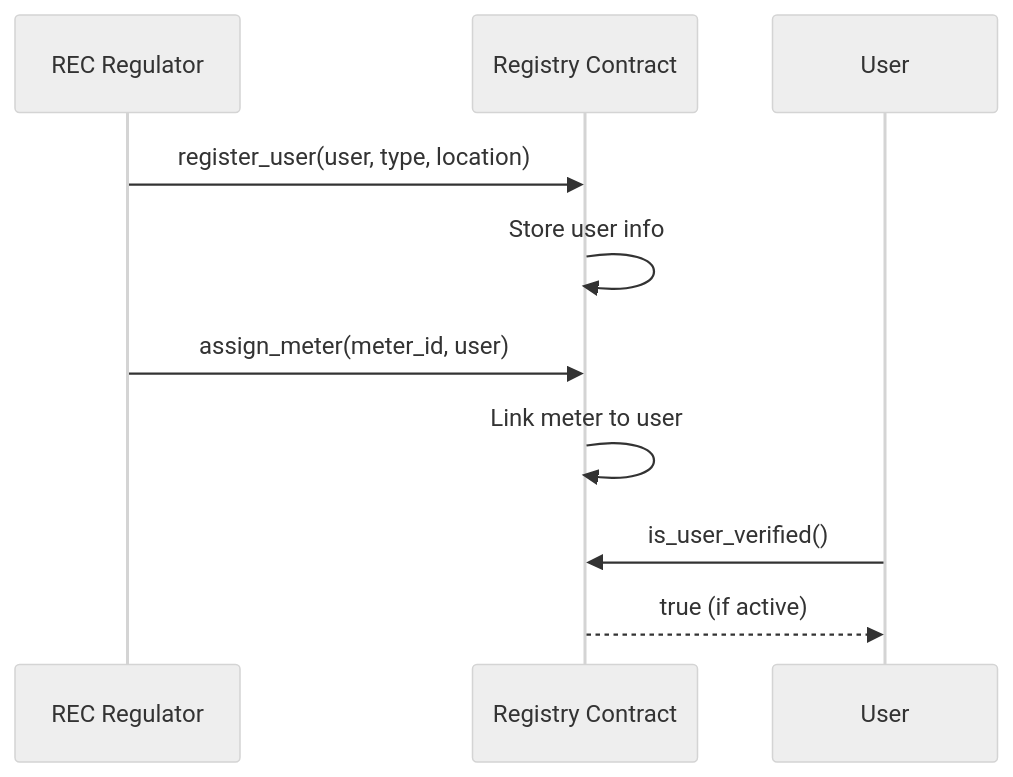
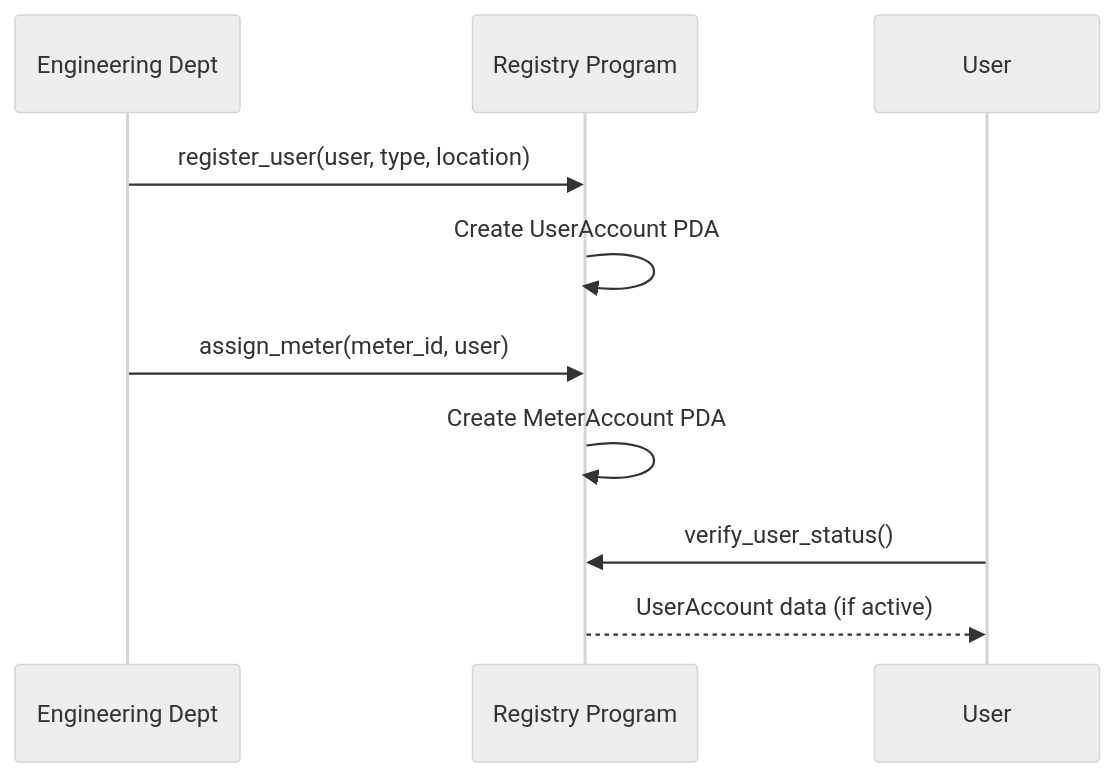
Before and after one commit to NakaSato/p2p: the second of 5 diagrams in docs/TECHNICAL_SUMMARY.md, drawn with Mermaid (neutral theme). The commit also changed other lines of this file and 21 other files, not shown here.

````diff
--- a/docs/TECHNICAL_SUMMARY.md
+++ b/docs/TECHNICAL_SUMMARY.md
@@ -182,13 +223,13 @@
 ```mermaid
 sequenceDiagram
-    participant R as REC Regulator
-    participant Reg as Registry Contract
+    participant ED as Engineering Dept
+    participant Reg as Registry Program
     participant U as User
     
-    R->>Reg: register_user(user, type, location)
-    Reg->>Reg: Store user info
-    R->>Reg: assign_meter(meter_id, user)
-    Reg->>Reg: Link meter to user
-    U->>Reg: is_user_verified()
-    Reg-->>U: true (if active)
+    ED->>Reg: register_user(user, type, location)
+    Reg->>Reg: Create UserAccount PDA
+    ED->>Reg: assign_meter(meter_id, user)
+    Reg->>Reg: Create MeterAccount PDA
+    U->>Reg: verify_user_status()
+    Reg-->>U: UserAccount data (if active)
 ```
````
